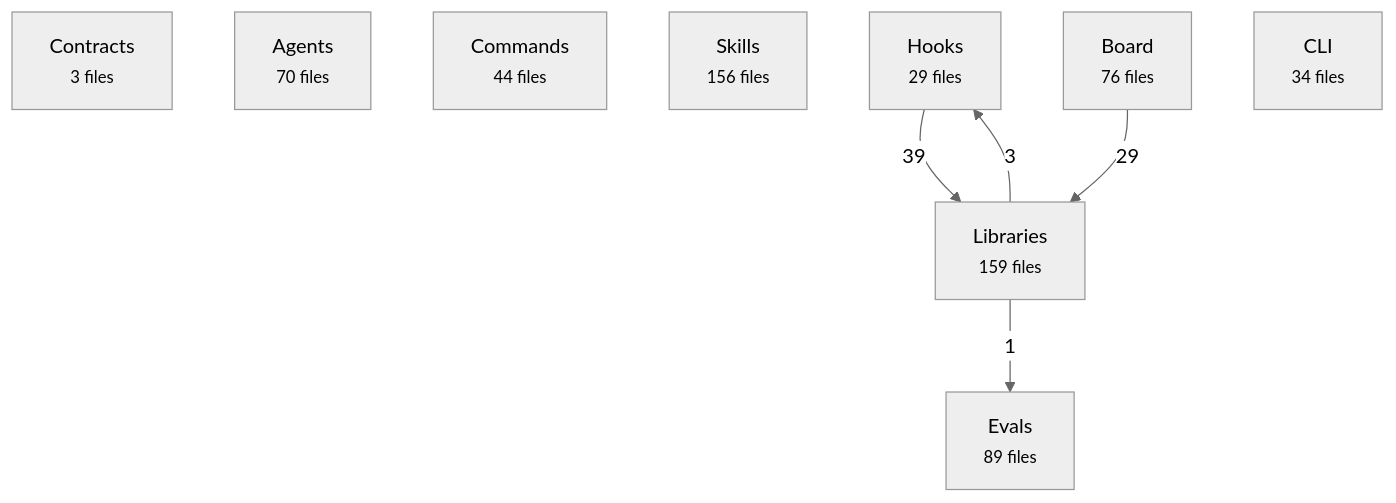
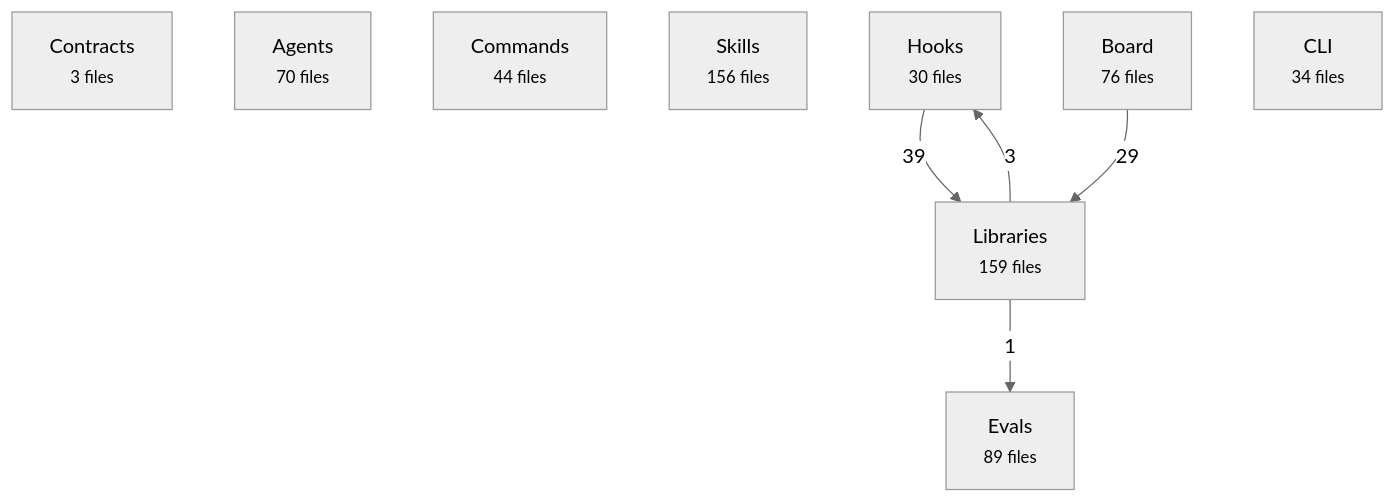
Before and after one commit to avelikiy/great_cto: the first of 2 diagrams in docs/reference/architecture-map.md, drawn with Mermaid (neutral theme). The commit also changed other lines of this file and 4 other files, not shown here.

````diff
--- a/docs/reference/architecture-map.md
+++ b/docs/reference/architecture-map.md
@@ -20,16 +20,16 @@
 ```mermaid
 flowchart TD
   contracts["Contracts<br/><small>3 files</small>"]
   agents["Agents<br/><small>70 files</small>"]
   commands["Commands<br/><small>44 files</small>"]
   skills["Skills<br/><small>156 files</small>"]
-  hooks["Hooks<br/><small>29 files</small>"]
+  hooks["Hooks<br/><small>30 files</small>"]
   libs["Libraries<br/><small>159 files</small>"]
   board["Board<br/><small>76 files</small>"]
   cli["CLI<br/><small>34 files</small>"]
   evals["Evals<br/><small>89 files</small>"]
   hooks -->|39| libs
   board -->|29| libs
   libs -->|3| hooks
   libs -->|1| evals
 ```
````
